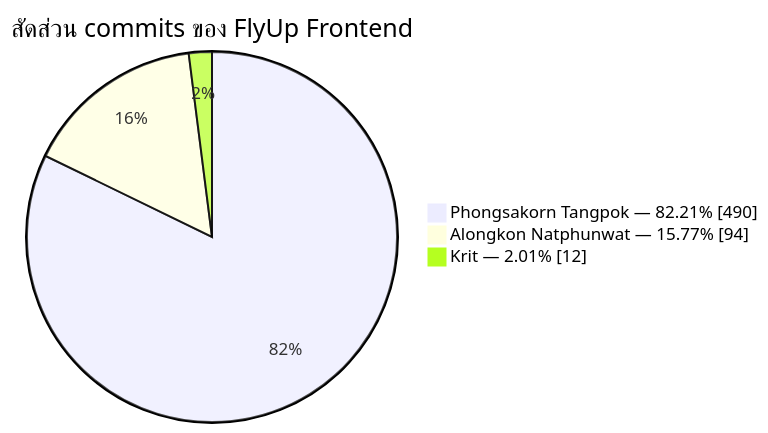
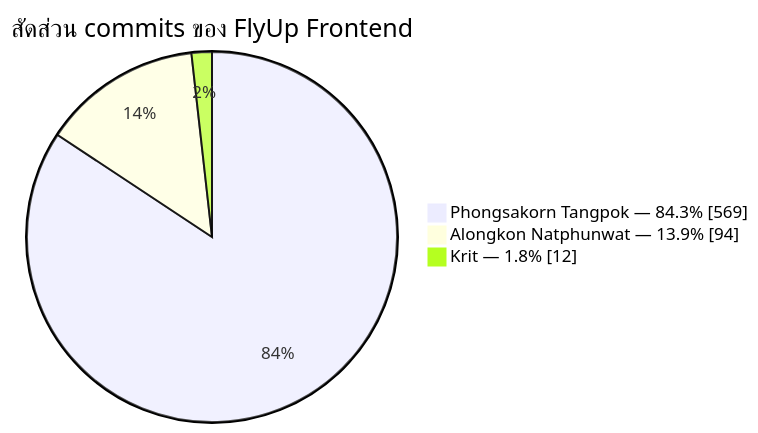
The second of 2 diagrams in README.md (3oomm/flyup), drawn with Mermaid before and after one commit. The commit also changed other lines of this file and 6 other files, not shown here.

````diff
--- a/README.md
+++ b/README.md
@@ -213,7 +212,7 @@
 ```mermaid
 pie showData
     title สัดส่วน commits ของ FlyUp Frontend
-    "Phongsakorn Tangpok — 82.21%" : 490
-    "Alongkon Natphunwat — 15.77%" : 94
-    "Krit — 2.01%" : 12
+    "Phongsakorn Tangpok — 84.3%" : 569
+    "Alongkon Natphunwat — 13.9%" : 94
+    "Krit — 1.8%" : 12
 ```
````
